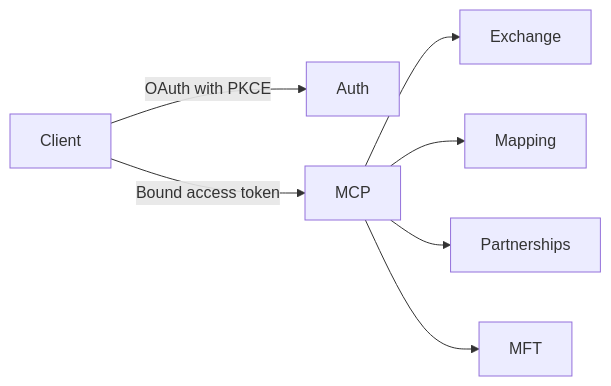
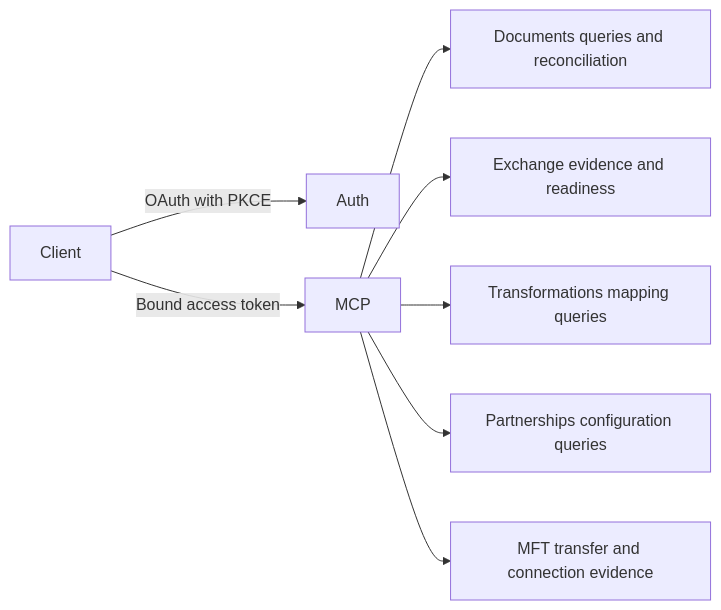
The diagram in openspec/changes/add-ai-native-mcp/design.md (mridehalgh/edispark-v3), drawn with Mermaid before and after one commit. The commit also changed other lines of this file and 59 other files, not shown here.

````diff
--- a/openspec/changes/add-ai-native-mcp/design.md
+++ b/openspec/changes/add-ai-native-mcp/design.md
@@ -7,9 +7,10 @@
 ```mermaid
 flowchart LR
     Client -->|OAuth with PKCE| Auth
     Client -->|Bound access token| MCP
-    MCP --> Exchange
-    MCP --> Mapping
-    MCP --> Partnerships
-    MCP --> MFT
+    MCP --> Documents[Documents queries and reconciliation]
+    MCP --> Exchange[Exchange evidence and readiness]
+    MCP --> Mapping[Transformations mapping queries]
+    MCP --> Partnerships[Partnerships configuration queries]
+    MCP --> MFT[MFT transfer and connection evidence]
 ```
````
